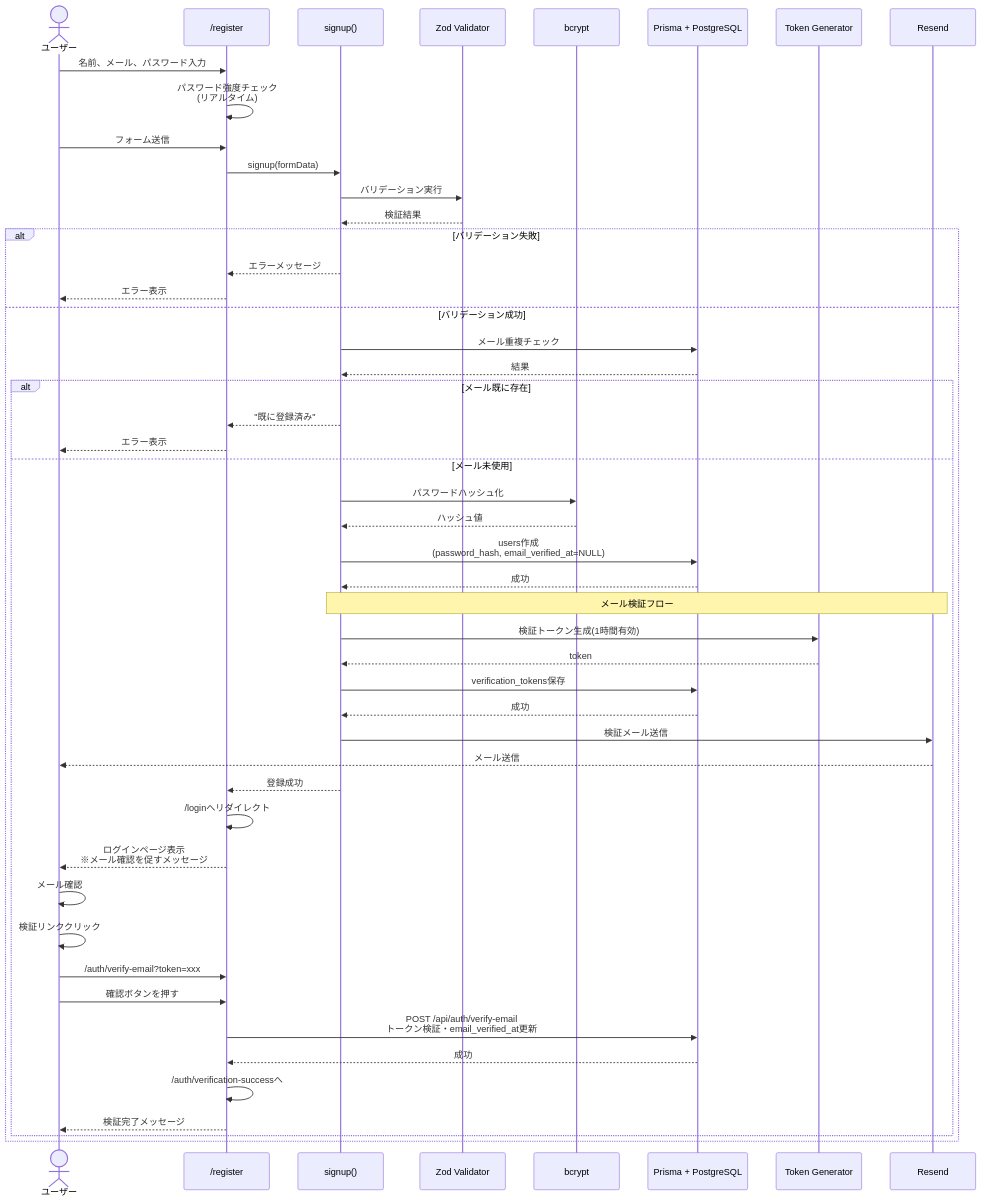
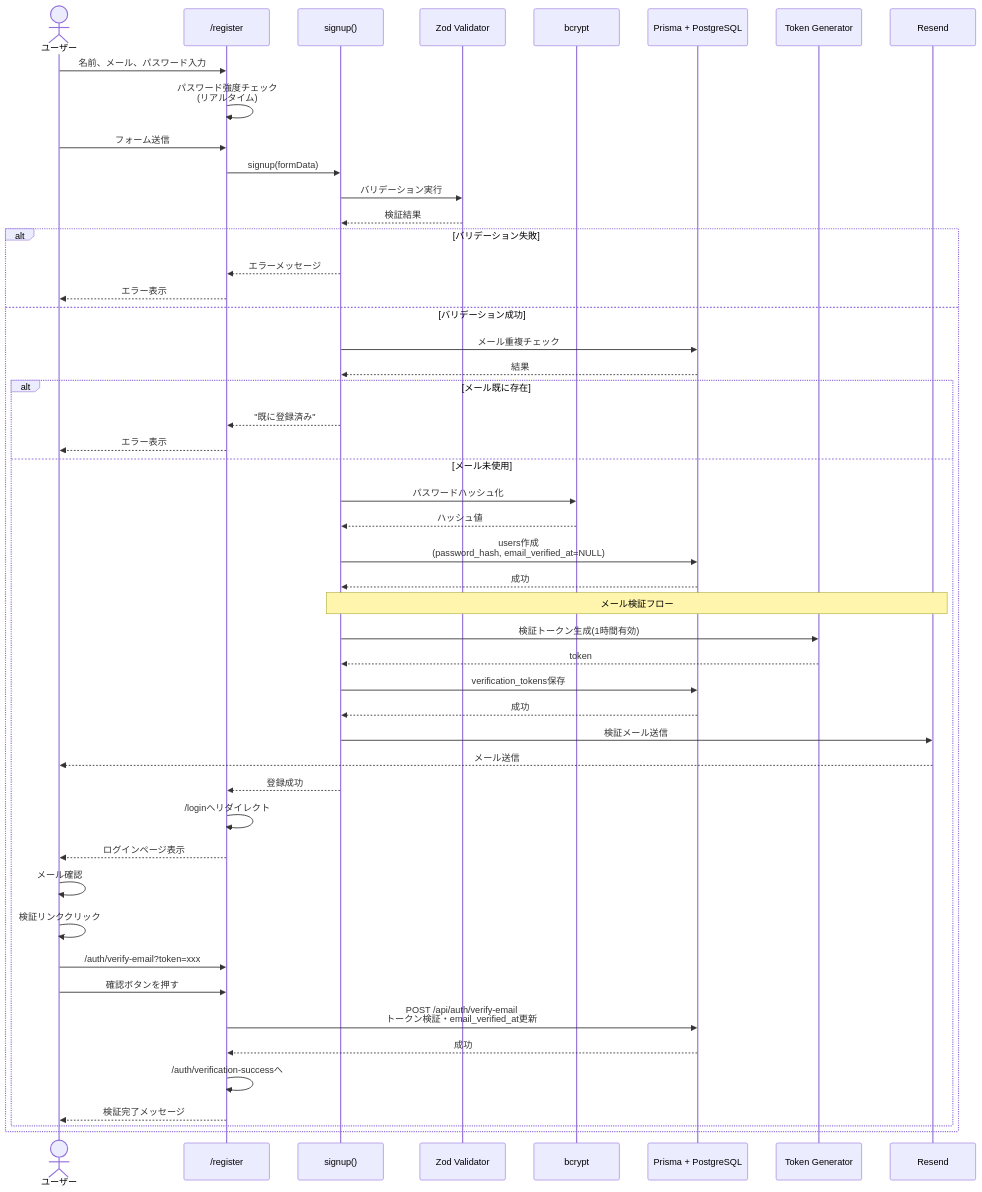
The second of 11 diagrams in docs/reference/authentication-diagrams.md (kazumadev619-dev/FishingConditionsApp), drawn with Mermaid before and after one commit. The commit also changed other lines of this file and 8 other files, not shown here.

````diff
--- a/docs/reference/authentication-diagrams.md
+++ b/docs/reference/authentication-diagrams.md
@@ -63,60 +62,60 @@
 ```mermaid
 sequenceDiagram
     actor User as ユーザー
     participant UI as /register
     participant Action as signup()
     participant Validation as Zod Validator
     participant Bcrypt as bcrypt
     participant DB as Prisma + PostgreSQL
     participant Token as Token Generator
     participant Email as Resend
 
     User->>UI: 名前、メール、パスワード入力
     UI->>UI: パスワード強度チェック<br/>(リアルタイム)
     User->>UI: フォーム送信
     UI->>Action: signup(formData)
 
     Action->>Validation: バリデーション実行
     Validation-->>Action: 検証結果
 
     alt バリデーション失敗
         Action-->>UI: エラーメッセージ
         UI-->>User: エラー表示
     else バリデーション成功
         Action->>DB: メール重複チェック
         DB-->>Action: 結果
 
         alt メール既に存在
             Action-->>UI: "既に登録済み"
             UI-->>User: エラー表示
         else メール未使用
             Action->>Bcrypt: パスワードハッシュ化
             Bcrypt-->>Action: ハッシュ値
 
             Action->>DB: users作成<br/>(password_hash, email_verified_at=NULL)
             DB-->>Action: 成功
 
             Note over Action,Email: メール検証フロー
             Action->>Token: 検証トークン生成(1時間有効)
             Token-->>Action: token
             Action->>DB: verification_tokens保存
             DB-->>Action: 成功
 
             Action->>Email: 検証メール送信
             Email-->>User: メール送信
 
             Action-->>UI: 登録成功
             UI->>UI: /loginへリダイレクト
-            UI-->>User: ログインページ表示<br/>※メール確認を促すメッセージ
+            UI-->>User: ログインページ表示
 
             User->>User: メール確認
             User->>User: 検証リンククリック
             User->>UI: /auth/verify-email?token=xxx
             User->>UI: 確認ボタンを押す
             UI->>DB: POST /api/auth/verify-email<br/>トークン検証・email_verified_at更新
             DB-->>UI: 成功
             UI->>UI: /auth/verification-successへ
             UI-->>User: 検証完了メッセージ
         end
     end
 ```
````
